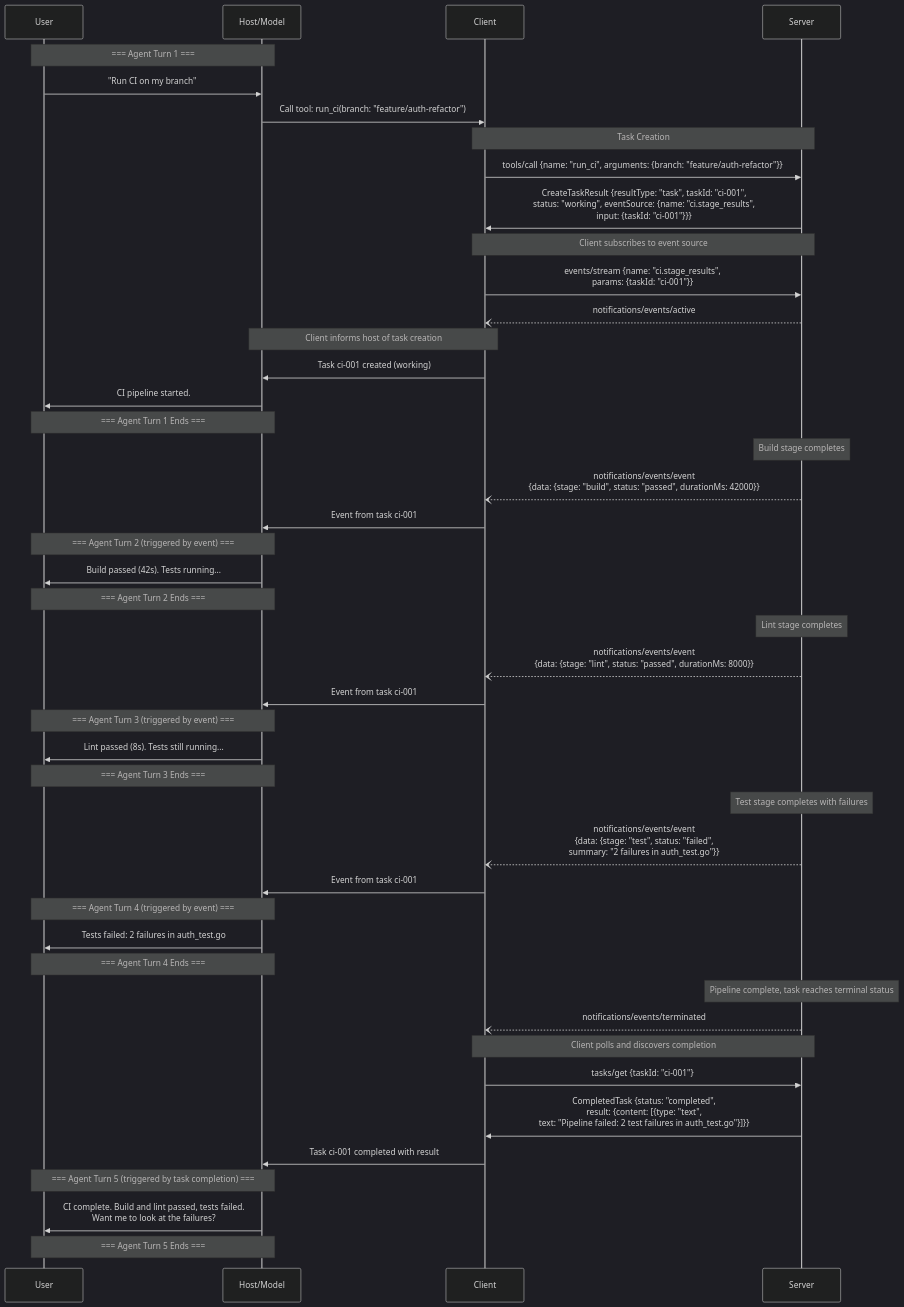
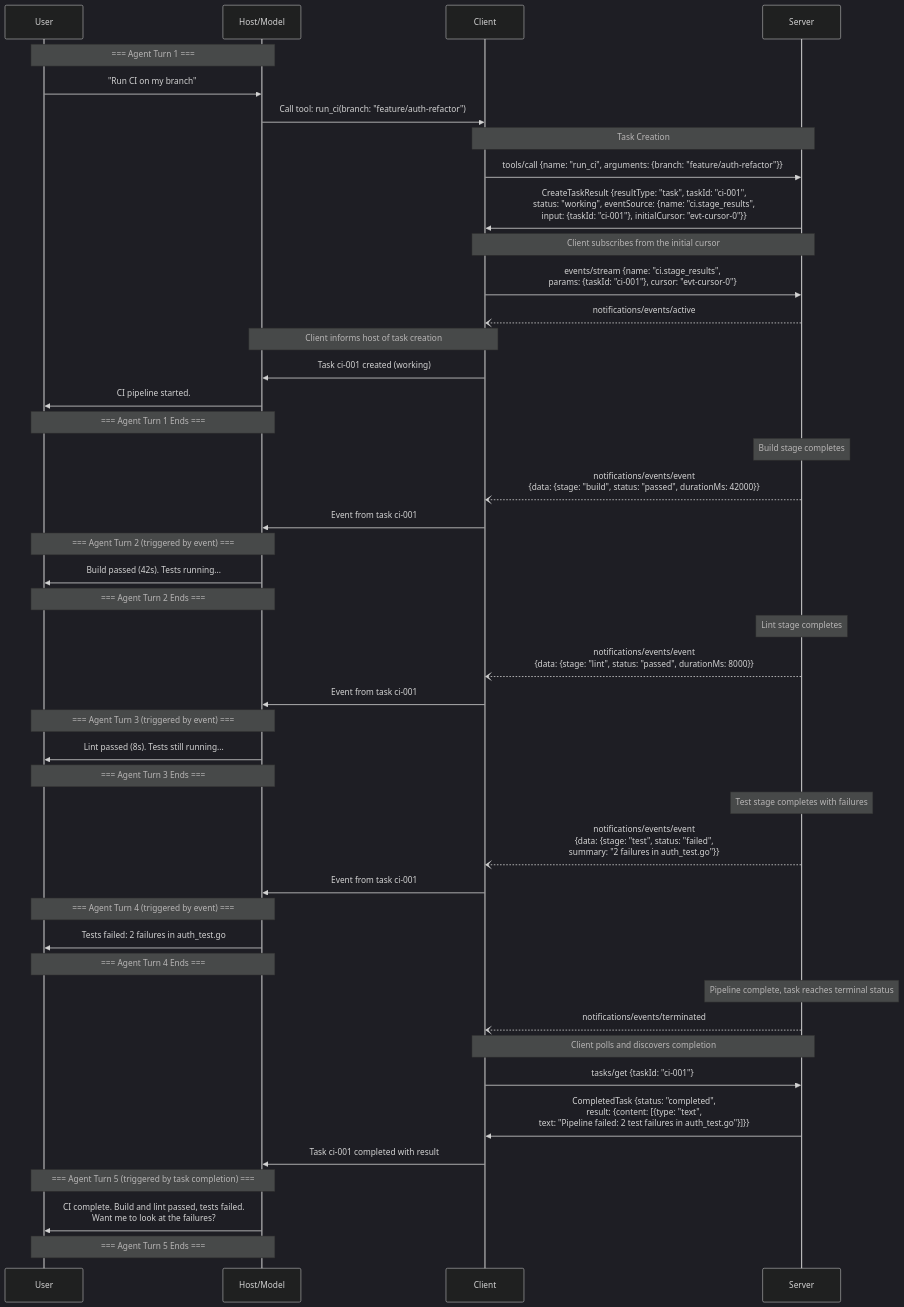
The first of 2 diagrams in proposals/XXXX-task-event-sources.md (LucaButBoring/mcp-ext-triggers-events), drawn with Mermaid (dark theme) before and after one commit. The commit also changed other lines of this file, not shown here.

Commit message:
Add initialCursor to TaskEventSource

````diff
--- a/proposals/XXXX-task-event-sources.md
+++ b/proposals/XXXX-task-event-sources.md
@@ -167,64 +178,64 @@
 ```mermaid
 sequenceDiagram
     participant U as User
     participant H as Host/Model
     participant C as Client
     participant S as Server
 
     Note over U,H: === Agent Turn 1 ===
     U->>H: "Run CI on my branch"
     H->>C: Call tool: run_ci(branch: "feature/auth-refactor")
 
     Note over C,S: Task Creation
     C->>S: tools/call {name: "run_ci", arguments: {branch: "feature/auth-refactor"}}
-    S->>C: CreateTaskResult {resultType: "task", taskId: "ci-001",<br/>status: "working", eventSource: {name: "ci.stage_results",<br/>input: {taskId: "ci-001"}}}
+    S->>C: CreateTaskResult {resultType: "task", taskId: "ci-001",<br/>status: "working", eventSource: {name: "ci.stage_results",<br/>input: {taskId: "ci-001"}, initialCursor: "evt-cursor-0"}}
 
-    Note over C,S: Client subscribes to event source
-    C->>S: events/stream {name: "ci.stage_results",<br/>params: {taskId: "ci-001"}}
+    Note over C,S: Client subscribes from the initial cursor
+    C->>S: events/stream {name: "ci.stage_results",<br/>params: {taskId: "ci-001"}, cursor: "evt-cursor-0"}
     S--)C: notifications/events/active
 
     Note over C,H: Client informs host of task creation
     C->>H: Task ci-001 created (working)
     H->>U: CI pipeline started.
     Note over U,H: === Agent Turn 1 Ends ===
 
     Note over S: Build stage completes
 
     S--)C: notifications/events/event<br/>{data: {stage: "build", status: "passed", durationMs: 42000}}
     C->>H: Event from task ci-001
 
     Note over U,H: === Agent Turn 2 (triggered by event) ===
     H->>U: Build passed (42s). Tests running...
     Note over U,H: === Agent Turn 2 Ends ===
 
     Note over S: Lint stage completes
 
     S--)C: notifications/events/event<br/>{data: {stage: "lint", status: "passed", durationMs: 8000}}
     C->>H: Event from task ci-001
 
     Note over U,H: === Agent Turn 3 (triggered by event) ===
     H->>U: Lint passed (8s). Tests still running...
     Note over U,H: === Agent Turn 3 Ends ===
 
     Note over S: Test stage completes with failures
 
     S--)C: notifications/events/event<br/>{data: {stage: "test", status: "failed",<br/>summary: "2 failures in auth_test.go"}}
     C->>H: Event from task ci-001
 
     Note over U,H: === Agent Turn 4 (triggered by event) ===
     H->>U: Tests failed: 2 failures in auth_test.go
     Note over U,H: === Agent Turn 4 Ends ===
 
     Note over S: Pipeline complete, task reaches terminal status
 
     S--)C: notifications/events/terminated
 
     Note over C,S: Client polls and discovers completion
     C->>S: tasks/get {taskId: "ci-001"}
     S->>C: CompletedTask {status: "completed",<br/>result: {content: [{type: "text",<br/>text: "Pipeline failed: 2 test failures in auth_test.go"}]}}
     C->>H: Task ci-001 completed with result
 
     Note over U,H: === Agent Turn 5 (triggered by task completion) ===
     H->>U: CI complete. Build and lint passed, tests failed.<br/>Want me to look at the failures?
     Note over U,H: === Agent Turn 5 Ends ===
 ```
````
